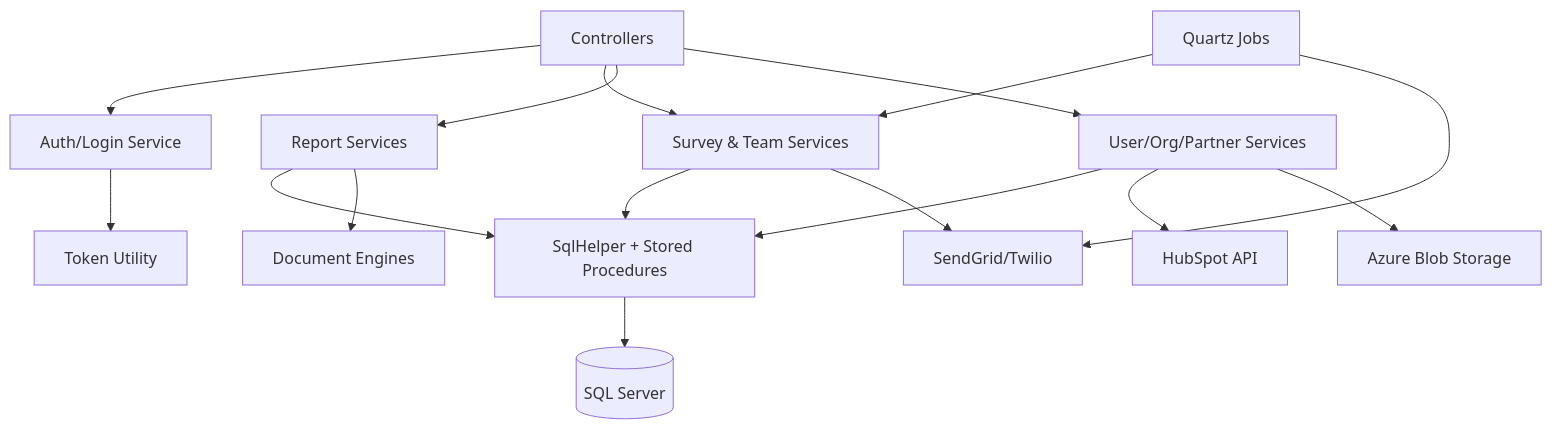
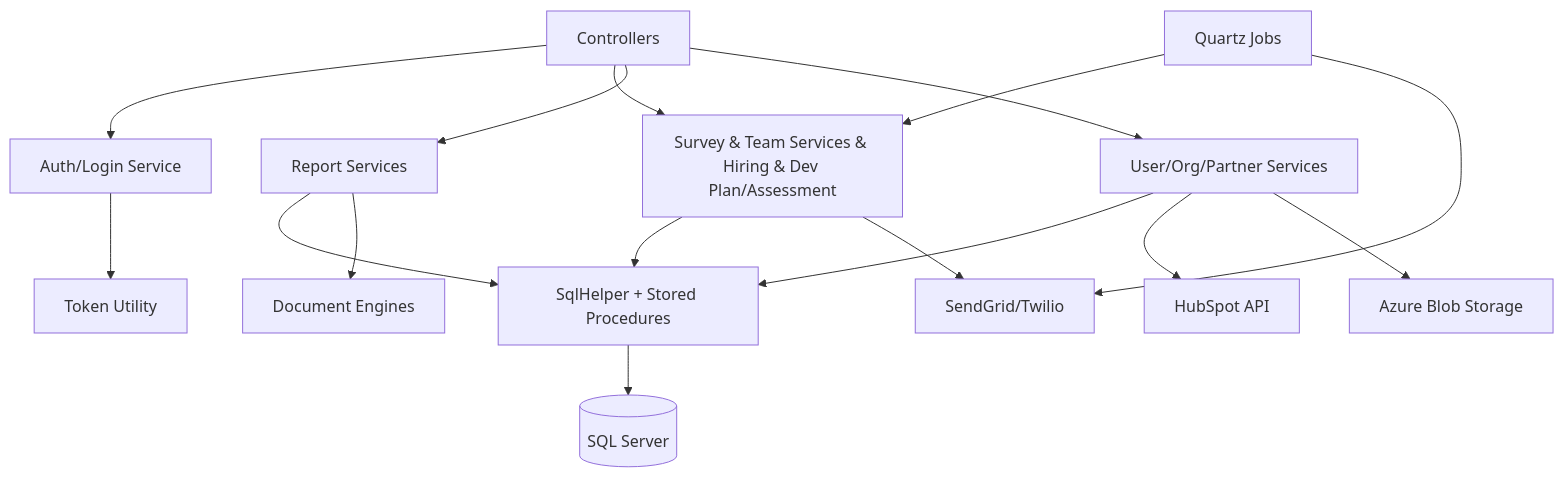
Before and after one commit to SUGANTHAN54/Cantoo_dev_doc: the second of 7 diagrams in ProjectOverview.md, drawn with Mermaid.

````diff
--- a/ProjectOverview.md
+++ b/ProjectOverview.md
@@ -194,22 +194,22 @@
 ```mermaid
 flowchart TD
     Controllers[Controllers] --> AuthService[Auth/Login Service]
-    Controllers --> SurveyService[Survey & Team Services]
+    Controllers --> SurveyService[Survey & Team Services & Hiring & Dev Plan/Assessment]
     Controllers --> ReportService[Report Services]
     Controllers --> UserService[User/Org/Partner Services]
 
     AuthService --> TokenUtil[Token Utility]
     SurveyService --> DataAccess[SqlHelper + Stored Procedures]
     ReportService --> DataAccess
     UserService --> DataAccess
 
     DataAccess --> SQL[(SQL Server)]
 
     SurveyService --> Comm[SendGrid/Twilio]
     UserService --> HubSpot[HubSpot API]
     UserService --> Blob[Azure Blob Storage]
     ReportService --> Docs[Document Engines]
 
     Quartz[Quartz Jobs] --> SurveyService
     Quartz --> Comm
 ```
````
